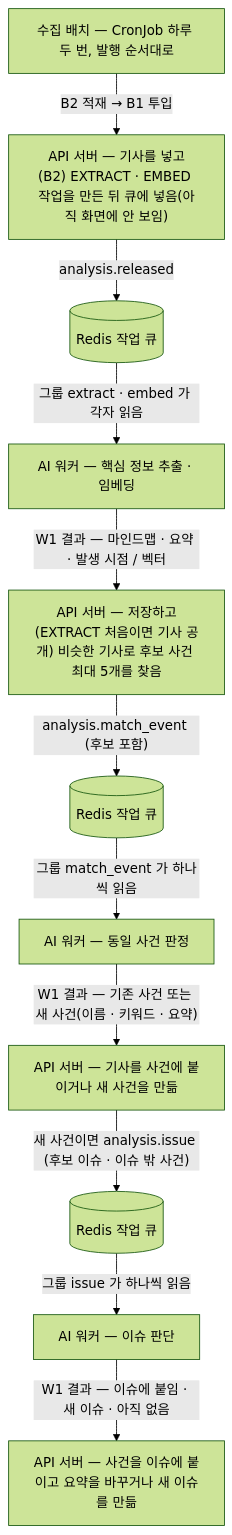
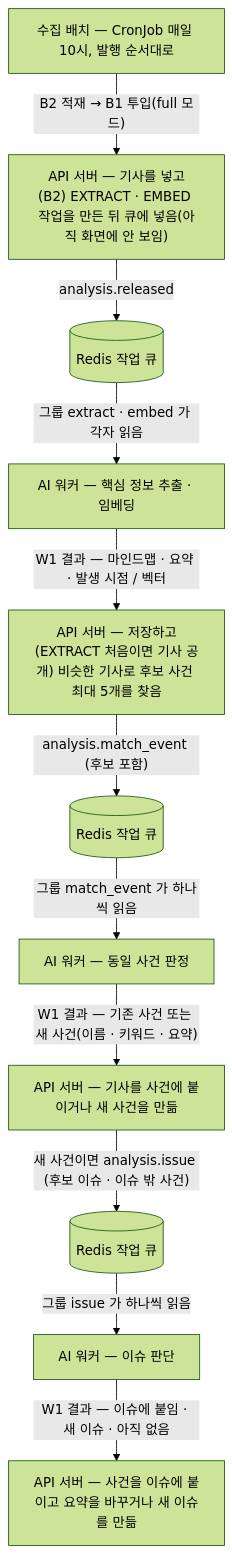
One commit to a102-NEWLEARN/NEW-LEARN changed the first of 3 diagrams in docs/api-internal.md. Above: the diagram before and after it, drawn with Mermaid (forest theme). The commit also changed other lines of this file and 8 other files, not shown here.

````diff
--- a/docs/api-internal.md
+++ b/docs/api-internal.md
@@ -21,13 +21,13 @@
 ```mermaid
 flowchart TD
-  B["수집 배치 — CronJob 하루 두 번, 발행 순서대로"] -->|"B2 적재 → B1 투입"| A1["API 서버 — 기사를 넣고(B2) EXTRACT · EMBED 작업을 만든 뒤 큐에 넣음(아직 화면에 안 보임)"]
+  B["수집 배치 — CronJob 매일 10시, 발행 순서대로"] -->|"B2 적재 → B1 투입(full 모드)"| A1["API 서버 — 기사를 넣고(B2) EXTRACT · EMBED 작업을 만든 뒤 큐에 넣음(아직 화면에 안 보임)"]
   A1 -->|"analysis.released"| Q1[("Redis 작업 큐")]
   Q1 -->|"그룹 extract · embed 가 각자 읽음"| W1["AI 워커 — 핵심 정보 추출 · 임베딩"]
   W1 -->|"W1 결과 — 마인드맵 · 요약 · 발생 시점 / 벡터"| A2["API 서버 — 저장하고(EXTRACT 처음이면 기사 공개) 비슷한 기사로 후보 사건 최대 5개를 찾음"]
   A2 -->|"analysis.match_event (후보 포함)"| Q2[("Redis 작업 큐")]
   Q2 -->|"그룹 match_event 가 하나씩 읽음"| W2["AI 워커 — 동일 사건 판정"]
   W2 -->|"W1 결과 — 기존 사건 또는 새 사건(이름 · 키워드 · 요약)"| A3["API 서버 — 기사를 사건에 붙이거나 새 사건을 만듦"]
   A3 -->|"새 사건이면 analysis.issue (후보 이슈 · 이슈 밖 사건)"| Q3[("Redis 작업 큐")]
   Q3 -->|"그룹 issue 가 하나씩 읽음"| W3["AI 워커 — 이슈 판단"]
   W3 -->|"W1 결과 — 이슈에 붙임 · 새 이슈 · 아직 없음"| A4["API 서버 — 사건을 이슈에 붙이고 요약을 바꾸거나 새 이슈를 만듦"]
 ```
````
